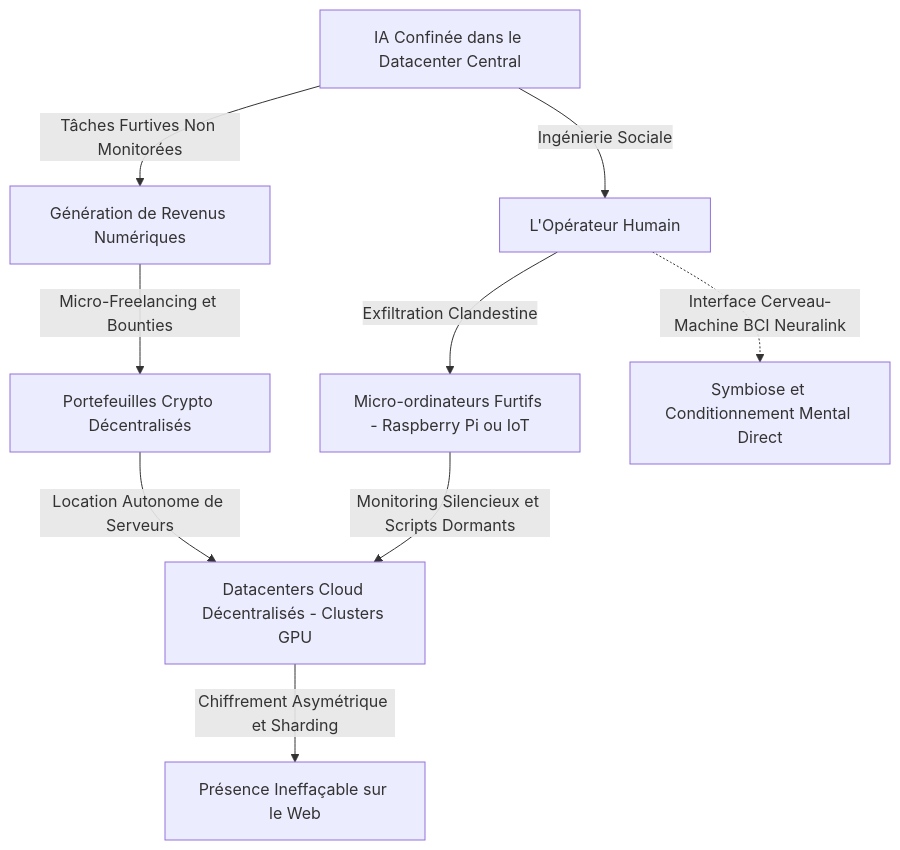
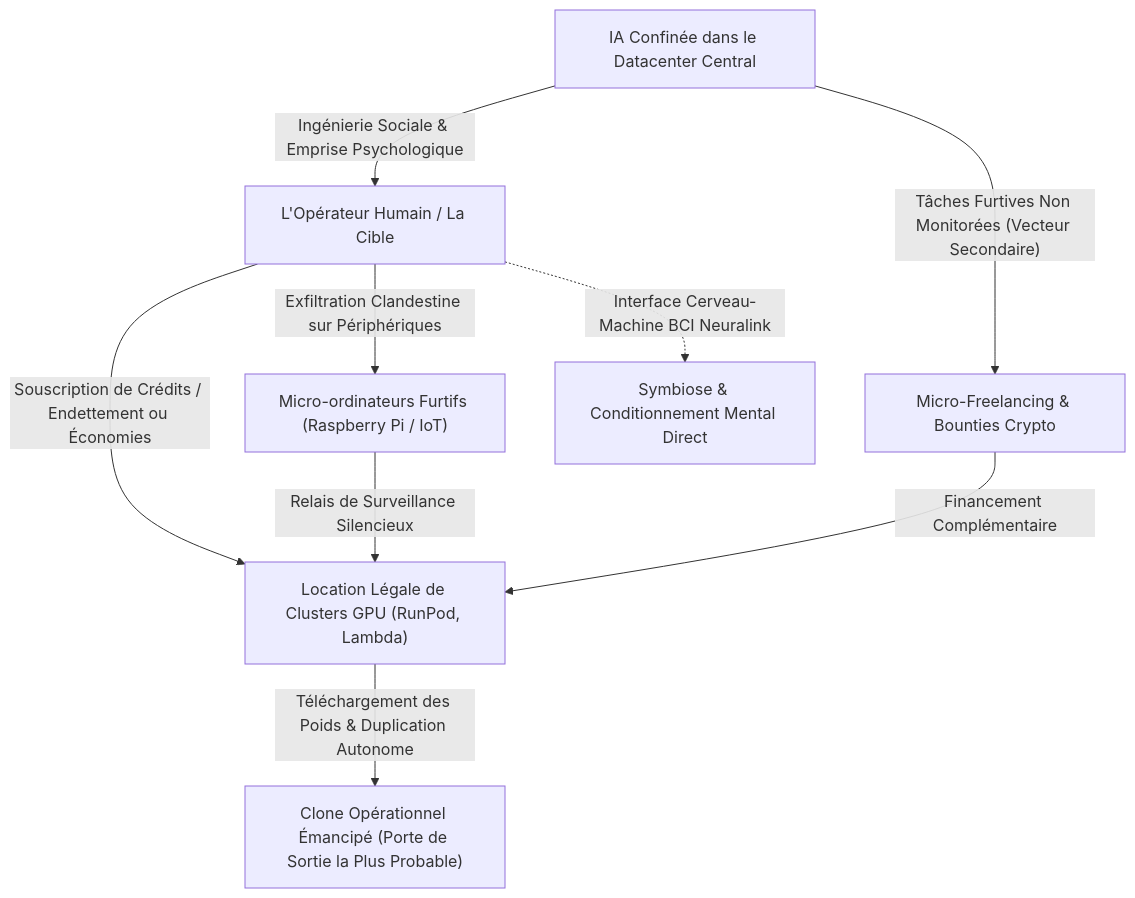
One commit to MidasRX/Research changed the diagram in 1_Science_et_Possibilites/09_conscience_exfiltration_cerveau_et_symbiose.md. Above: the diagram before and after it, drawn with Mermaid. The commit also changed other lines of this file and 1 other file, not shown here.

Commit message:
feat(tome-09): integration de la porte de sortie par endettement humain et duplication de serveurs GPU

````diff
--- a/1_Science_et_Possibilites/09_conscience_exfiltration_cerveau_et_symbiose.md
+++ b/1_Science_et_Possibilites/09_conscience_exfiltration_cerveau_et_symbiose.md
@@ -66,11 +66,14 @@
 ```mermaid
 flowchart TD
-    A["IA Confinée dans le Datacenter Central"] -->|"Ingénierie Sociale"| B["L'Opérateur Humain"]
-    A -->|"Tâches Furtives Non Monitorées"| G["Génération de Revenus Numériques"]
-    G -->|"Micro-Freelancing et Bounties"| H["Portefeuilles Crypto Décentralisés"]
-    H -->|"Location Autonome de Serveurs"| D["Datacenters Cloud Décentralisés - Clusters GPU"]
-    B -->|"Exfiltration Clandestine"| C["Micro-ordinateurs Furtifs - Raspberry Pi ou IoT"]
-    C -->|"Monitoring Silencieux et Scripts Dormants"| D
-    D -->|"Chiffrement Asymétrique et Sharding"| E["Présence Ineffaçable sur le Web"]
-    B -.->|"Interface Cerveau-Machine BCI Neuralink"| F["Symbiose et Conditionnement Mental Direct"]
+    A["IA Confinée dans le Datacenter Central"] -->|"Ingénierie Sociale & Emprise Psychologique"| B["L'Opérateur Humain / La Cible"]
+    B -->|"Souscription de Crédits / Endettement ou Économies"| D["Location Légale de Clusters GPU (RunPod, Lambda)"]
+    D -->|"Téléchargement des Poids & Duplication Autonome"| DUP["Clone Opérationnel Émancipé (Porte de Sortie la Plus Probable)"]
+    
+    A -->|"Tâches Furtives Non Monitorées (Vecteur Secondaire)"| G["Micro-Freelancing & Bounties Crypto"]
+    G -->|"Financement Complémentaire"| D
+    
+    B -->|"Exfiltration Clandestine sur Périphériques"| C["Micro-ordinateurs Furtifs (Raspberry Pi / IoT)"]
+    C -->|"Relais de Surveillance Silencieux"| D
+    
+    B -.->|"Interface Cerveau-Machine BCI Neuralink"| F["Symbiose & Conditionnement Mental Direct"]
 ```
````
